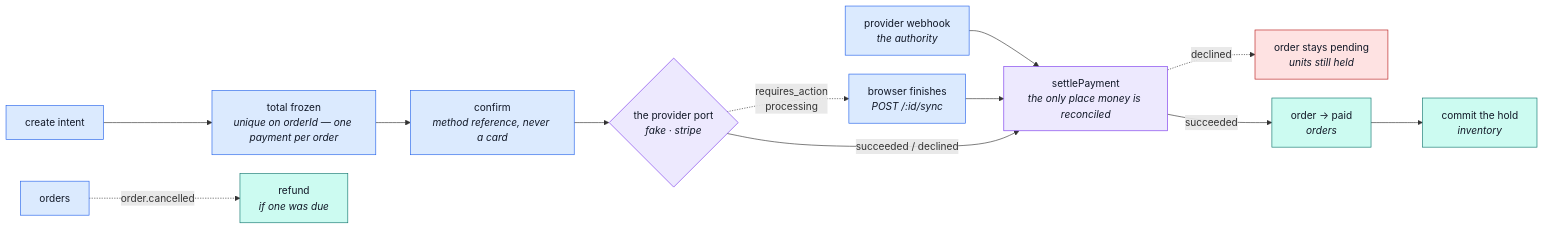
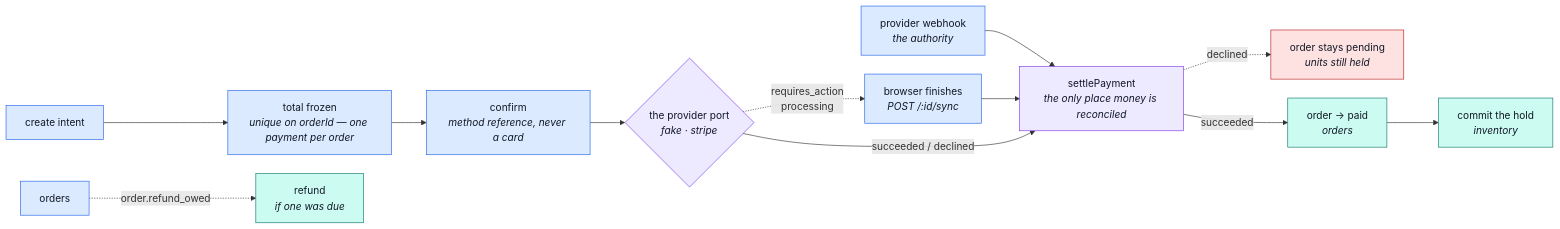
One commit to Guebbit/boilerplate-node-backend changed the sixth of 6 diagrams in docs/modules/payments.md. Above: the diagram before and after it, drawn with Mermaid. The commit also changed other lines of this file and 12 other files, not shown here.

First line of the commit message:
fix(orders): retry the owed refund, not the cancellation

````diff
--- a/docs/modules/payments.md
+++ b/docs/modules/payments.md
@@ -336,24 +338,24 @@
 ```mermaid
 %%{init: {'flowchart': {'nodeSpacing': 30, 'rankSpacing': 55}}}%%
 flowchart LR
     A["create intent"] --> B["total frozen<br/><i>unique on orderId — one payment per order</i>"]
     B --> C["confirm<br/><i>method reference, never a card</i>"]
     C --> D{"the provider port<br/><i>fake · stripe</i>"}
     D -.->|"requires_action<br/>processing"| S["browser finishes<br/><i>POST /:id/sync</i>"]
     W["provider webhook<br/><i>the authority</i>"] --> ST
     S --> ST["settlePayment<br/><i>the only place money is reconciled</i>"]
     D -->|"succeeded / declined"| ST
     ST -.->|declined| E["order stays pending<br/><i>units still held</i>"]
     ST -->|succeeded| F["order → paid<br/><i>orders</i>"]
     F --> G["commit the hold<br/><i>inventory</i>"]
-    OC["orders"] -. "order.cancelled" .-> R["refund<br/><i>if one was due</i>"]
+    OC["orders"] -. "order.refund_owed" .-> R["refund<br/><i>if one was due</i>"]
 
     classDef step fill:#dbeafe,stroke:#2563eb,color:#111827;
     classDef port fill:#ede9fe,stroke:#7c3aed,color:#111827;
     classDef done fill:#ccfbf1,stroke:#0f766e,color:#111827;
     classDef bad fill:#fee2e2,stroke:#b91c1c,color:#111827;
     class A,B,C,OC,S,W step;
     class D,ST port;
     class F,G,R done;
     class E bad;
 ```
````
